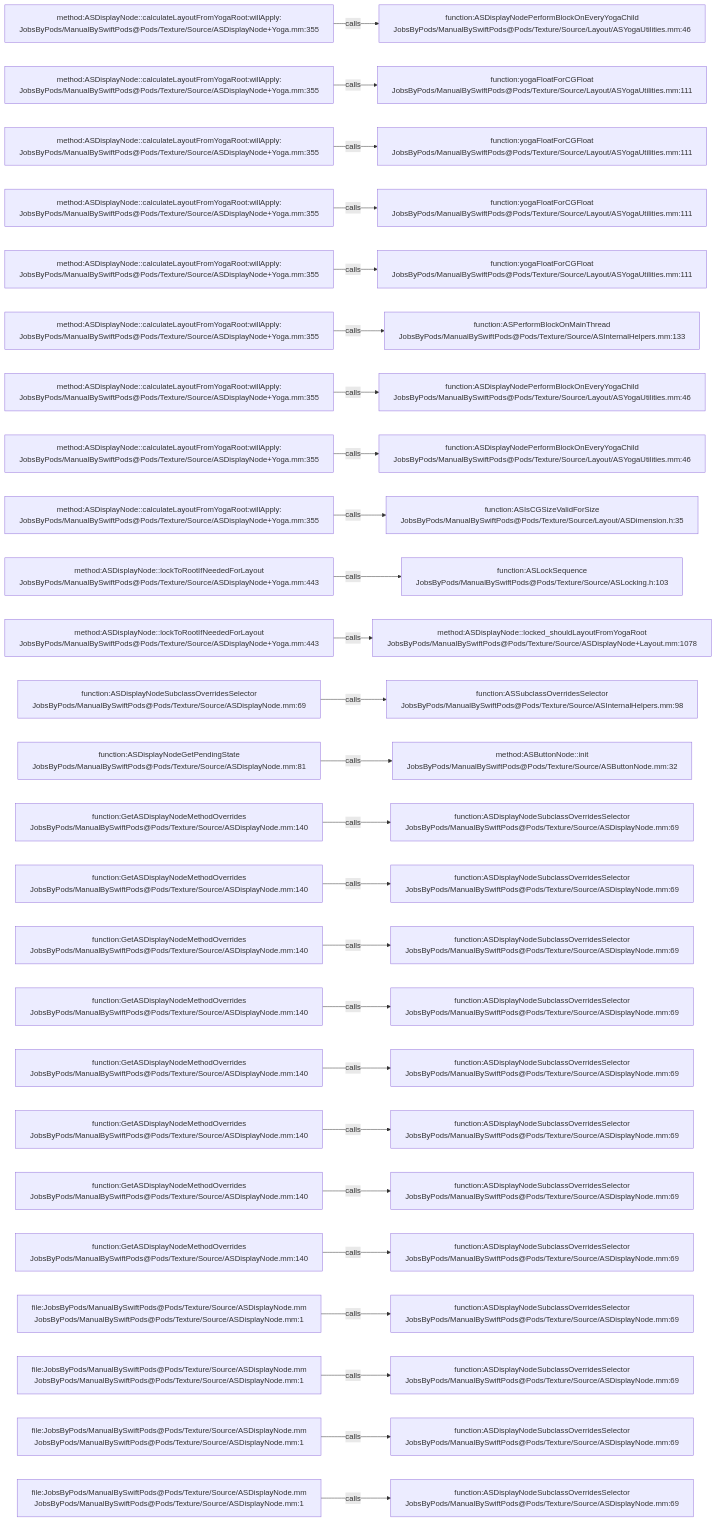
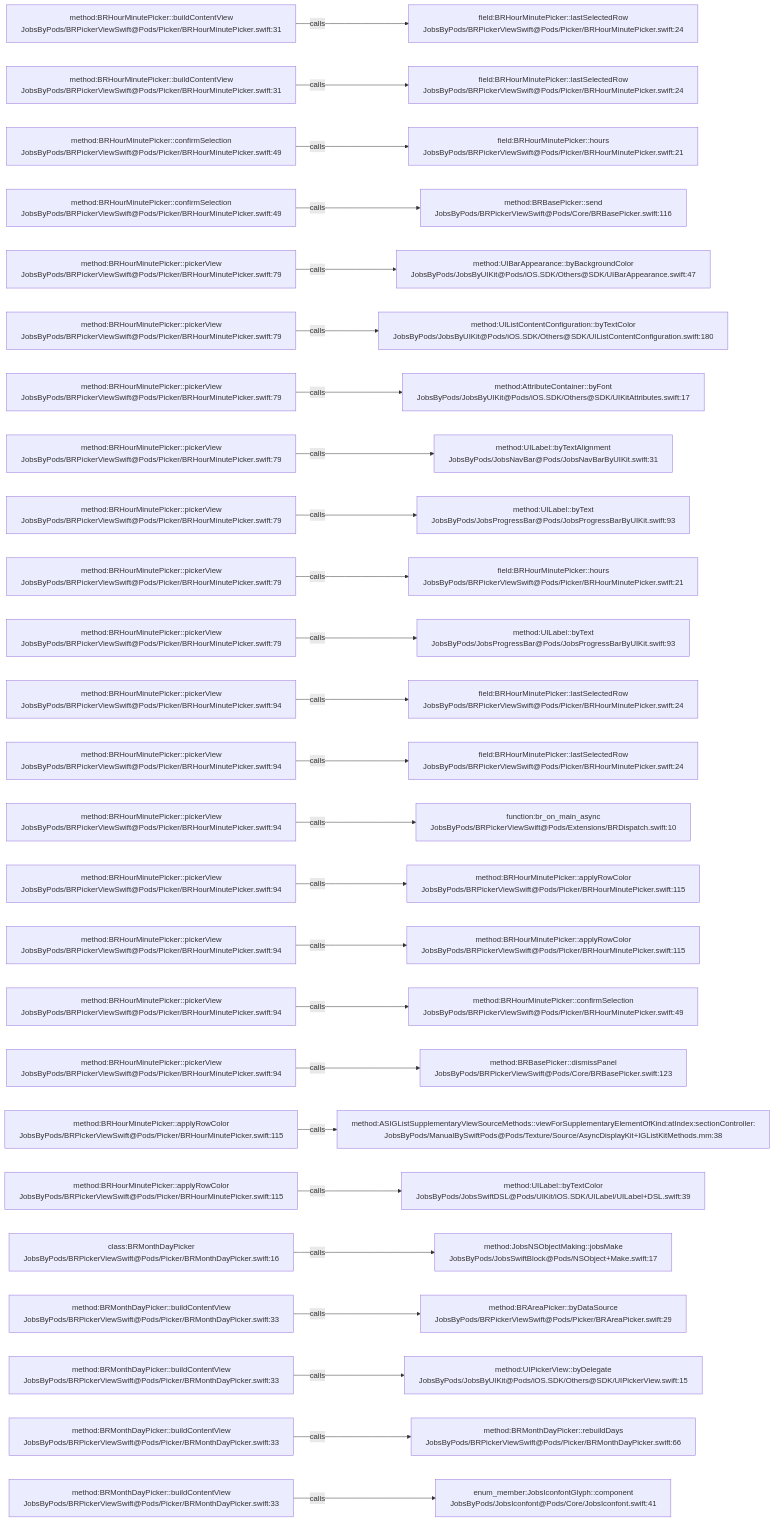
One commit to JobsKits/JobsSwiftBaseConfigDemo changed the diagram in .codegraph/codegraph.md/graphs/calls-026.md. Above: the diagram before and after it, drawn with Mermaid. The commit also changed 224 other files, not shown here.

````diff
--- a/.codegraph/codegraph.md/graphs/calls-026.md
+++ b/.codegraph/codegraph.md/graphs/calls-026.md
@@ -13,78 +13,78 @@
 ```mermaid
 flowchart LR
-  S1["method:ASDisplayNode::calculateLayoutFromYogaRoot:willApply:<br/>JobsByPods/ManualBySwiftPods@Pods/Texture/Source/ASDisplayNode+Yoga.mm:355"]
-  T1["function:ASDisplayNodePerformBlockOnEveryYogaChild<br/>JobsByPods/ManualBySwiftPods@Pods/Texture/Source/Layout/ASYogaUtilities.mm:46"]
+  S1["method:BRHourMinutePicker::buildContentView<br/>JobsByPods/BRPickerViewSwift@Pods/Picker/BRHourMinutePicker.swift:31"]
+  T1["field:BRHourMinutePicker::lastSelectedRow<br/>JobsByPods/BRPickerViewSwift@Pods/Picker/BRHourMinutePicker.swift:24"]
   S1 -->|calls| T1
-  S2["method:ASDisplayNode::calculateLayoutFromYogaRoot:willApply:<br/>JobsByPods/ManualBySwiftPods@Pods/Texture/Source/ASDisplayNode+Yoga.mm:355"]
-  T2["function:yogaFloatForCGFloat<br/>JobsByPods/ManualBySwiftPods@Pods/Texture/Source/Layout/ASYogaUtilities.mm:111"]
+  S2["method:BRHourMinutePicker::buildContentView<br/>JobsByPods/BRPickerViewSwift@Pods/Picker/BRHourMinutePicker.swift:31"]
+  T2["field:BRHourMinutePicker::lastSelectedRow<br/>JobsByPods/BRPickerViewSwift@Pods/Picker/BRHourMinutePicker.swift:24"]
   S2 -->|calls| T2
-  S3["method:ASDisplayNode::calculateLayoutFromYogaRoot:willApply:<br/>JobsByPods/ManualBySwiftPods@Pods/Texture/Source/ASDisplayNode+Yoga.mm:355"]
-  T3["function:yogaFloatForCGFloat<br/>JobsByPods/ManualBySwiftPods@Pods/Texture/Source/Layout/ASYogaUtilities.mm:111"]
+  S3["method:BRHourMinutePicker::confirmSelection<br/>JobsByPods/BRPickerViewSwift@Pods/Picker/BRHourMinutePicker.swift:49"]
+  T3["field:BRHourMinutePicker::hours<br/>JobsByPods/BRPickerViewSwift@Pods/Picker/BRHourMinutePicker.swift:21"]
   S3 -->|calls| T3
-  S4["method:ASDisplayNode::calculateLayoutFromYogaRoot:willApply:<br/>JobsByPods/ManualBySwiftPods@Pods/Texture/Source/ASDisplayNode+Yoga.mm:355"]
-  T4["function:yogaFloatForCGFloat<br/>JobsByPods/ManualBySwiftPods@Pods/Texture/Source/Layout/ASYogaUtilities.mm:111"]
+  S4["method:BRHourMinutePicker::confirmSelection<br/>JobsByPods/BRPickerViewSwift@Pods/Picker/BRHourMinutePicker.swift:49"]
+  T4["method:BRBasePicker::send<br/>JobsByPods/BRPickerViewSwift@Pods/Core/BRBasePicker.swift:116"]
   S4 -->|calls| T4
-  S5["method:ASDisplayNode::calculateLayoutFromYogaRoot:willApply:<br/>JobsByPods/ManualBySwiftPods@Pods/Texture/Source/ASDisplayNode+Yoga.mm:355"]
-  T5["function:yogaFloatForCGFloat<br/>JobsByPods/ManualBySwiftPods@Pods/Texture/Source/Layout/ASYogaUtilities.mm:111"]
+  S5["method:BRHourMinutePicker::pickerView<br/>JobsByPods/BRPickerViewSwift@Pods/Picker/BRHourMinutePicker.swift:79"]
+  T5["method:UIBarAppearance::byBackgroundColor<br/>JobsByPods/JobsByUIKit@Pods/iOS.SDK/Others@SDK/UIBarAppearance.swift:47"]
   S5 -->|calls| T5
-  S6["method:ASDisplayNode::calculateLayoutFromYogaRoot:willApply:<br/>JobsByPods/ManualBySwiftPods@Pods/Texture/Source/ASDisplayNode+Yoga.mm:355"]
-  T6["function:ASPerformBlockOnMainThread<br/>JobsByPods/ManualBySwiftPods@Pods/Texture/Source/ASInternalHelpers.mm:133"]
+  S6["method:BRHourMinutePicker::pickerView<br/>JobsByPods/BRPickerViewSwift@Pods/Picker/BRHourMinutePicker.swift:79"]
+  T6["method:UIListContentConfiguration::byTextColor<br/>JobsByPods/JobsByUIKit@Pods/iOS.SDK/Others@SDK/UIListContentConfiguration.swift:180"]
   S6 -->|calls| T6
-  S7["method:ASDisplayNode::calculateLayoutFromYogaRoot:willApply:<br/>JobsByPods/ManualBySwiftPods@Pods/Texture/Source/ASDisplayNode+Yoga.mm:355"]
-  T7["function:ASDisplayNodePerformBlockOnEveryYogaChild<br/>JobsByPods/ManualBySwiftPods@Pods/Texture/Source/Layout/ASYogaUtilities.mm:46"]
+  S7["method:BRHourMinutePicker::pickerView<br/>JobsByPods/BRPickerViewSwift@Pods/Picker/BRHourMinutePicker.swift:79"]
+  T7["method:AttributeContainer::byFont<br/>JobsByPods/JobsByUIKit@Pods/iOS.SDK/Others@SDK/UIKitAttributes.swift:17"]
   S7 -->|calls| T7
-  S8["method:ASDisplayNode::calculateLayoutFromYogaRoot:willApply:<br/>JobsByPods/ManualBySwiftPods@Pods/Texture/Source/ASDisplayNode+Yoga.mm:355"]
-  T8["function:ASDisplayNodePerformBlockOnEveryYogaChild<br/>JobsByPods/ManualBySwiftPods@Pods/Texture/Source/Layout/ASYogaUtilities.mm:46"]
+  S8["method:BRHourMinutePicker::pickerView<br/>JobsByPods/BRPickerViewSwift@Pods/Picker/BRHourMinutePicker.swift:79"]
+  T8["method:UILabel::byTextAlignment<br/>JobsByPods/JobsNavBar@Pods/JobsNavBarByUIKit.swift:31"]
   S8 -->|calls| T8
-  S9["method:ASDisplayNode::calculateLayoutFromYogaRoot:willApply:<br/>JobsByPods/ManualBySwiftPods@Pods/Texture/Source/ASDisplayNode+Yoga.mm:355"]
-  T9["function:ASIsCGSizeValidForSize<br/>JobsByPods/ManualBySwiftPods@Pods/Texture/Source/Layout/ASDimension.h:35"]
+  S9["method:BRHourMinutePicker::pickerView<br/>JobsByPods/BRPickerViewSwift@Pods/Picker/BRHourMinutePicker.swift:79"]
+  T9["method:UILabel::byText<br/>JobsByPods/JobsProgressBar@Pods/JobsProgressBarByUIKit.swift:93"]
   S9 -->|calls| T9
-  S10["method:ASDisplayNode::lockToRootIfNeededForLayout<br/>JobsByPods/ManualBySwiftPods@Pods/Texture/Source/ASDisplayNode+Yoga.mm:443"]
-  T10["function:ASLockSequence<br/>JobsByPods/ManualBySwiftPods@Pods/Texture/Source/ASLocking.h:103"]
+  S10["method:BRHourMinutePicker::pickerView<br/>JobsByPods/BRPickerViewSwift@Pods/Picker/BRHourMinutePicker.swift:79"]
+  T10["field:BRHourMinutePicker::hours<br/>JobsByPods/BRPickerViewSwift@Pods/Picker/BRHourMinutePicker.swift:21"]
   S10 -->|calls| T10
-  S11["method:ASDisplayNode::lockToRootIfNeededForLayout<br/>JobsByPods/ManualBySwiftPods@Pods/Texture/Source/ASDisplayNode+Yoga.mm:443"]
-  T11["method:ASDisplayNode::locked_shouldLayoutFromYogaRoot<br/>JobsByPods/ManualBySwiftPods@Pods/Texture/Source/ASDisplayNode+Layout.mm:1078"]
+  S11["method:BRHourMinutePicker::pickerView<br/>JobsByPods/BRPickerViewSwift@Pods/Picker/BRHourMinutePicker.swift:79"]
+  T11["method:UILabel::byText<br/>JobsByPods/JobsProgressBar@Pods/JobsProgressBarByUIKit.swift:93"]
   S11 -->|calls| T11
-  S12["function:ASDisplayNodeSubclassOverridesSelector<br/>JobsByPods/ManualBySwiftPods@Pods/Texture/Source/ASDisplayNode.mm:69"]
-  T12["function:ASSubclassOverridesSelector<br/>JobsByPods/ManualBySwiftPods@Pods/Texture/Source/ASInternalHelpers.mm:98"]
+  S12["method:BRHourMinutePicker::pickerView<br/>JobsByPods/BRPickerViewSwift@Pods/Picker/BRHourMinutePicker.swift:94"]
+  T12["field:BRHourMinutePicker::lastSelectedRow<br/>JobsByPods/BRPickerViewSwift@Pods/Picker/BRHourMinutePicker.swift:24"]
   S12 -->|calls| T12
-  S13["function:ASDisplayNodeGetPendingState<br/>JobsByPods/ManualBySwiftPods@Pods/Texture/Source/ASDisplayNode.mm:81"]
-  T13["method:ASButtonNode::init<br/>JobsByPods/ManualBySwiftPods@Pods/Texture/Source/ASButtonNode.mm:32"]
+  S13["method:BRHourMinutePicker::pickerView<br/>JobsByPods/BRPickerViewSwift@Pods/Picker/BRHourMinutePicker.swift:94"]
+  T13["field:BRHourMinutePicker::lastSelectedRow<br/>JobsByPods/BRPickerViewSwift@Pods/Picker/BRHourMinutePicker.swift:24"]
   S13 -->|calls| T13
-  S14["function:GetASDisplayNodeMethodOverrides<br/>JobsByPods/ManualBySwiftPods@Pods/Texture/Source/ASDisplayNode.mm:140"]
-  T14["function:ASDisplayNodeSubclassOverridesSelector<br/>JobsByPods/ManualBySwiftPods@Pods/Texture/Source/ASDisplayNode.mm:69"]
+  S14["method:BRHourMinutePicker::pickerView<br/>JobsByPods/BRPickerViewSwift@Pods/Picker/BRHourMinutePicker.swift:94"]
+  T14["function:br_on_main_async<br/>JobsByPods/BRPickerViewSwift@Pods/Extensions/BRDispatch.swift:10"]
   S14 -->|calls| T14
-  S15["function:GetASDisplayNodeMethodOverrides<br/>JobsByPods/ManualBySwiftPods@Pods/Texture/Source/ASDisplayNode.mm:140"]
-  T15["function:ASDisplayNodeSubclassOverridesSelector<br/>JobsByPods/ManualBySwiftPods@Pods/Texture/Source/ASDisplayNode.mm:69"]
+  S15["method:BRHourMinutePicker::pickerView<br/>JobsByPods/BRPickerViewSwift@Pods/Picker/BRHourMinutePicker.swift:94"]
+  T15["method:BRHourMinutePicker::applyRowColor<br/>JobsByPods/BRPickerViewSwift@Pods/Picker/BRHourMinutePicker.swift:115"]
   S15 -->|calls| T15
-  S16["function:GetASDisplayNodeMethodOverrides<br/>JobsByPods/ManualBySwiftPods@Pods/Texture/Source/ASDisplayNode.mm:140"]
-  T16["function:ASDisplayNodeSubclassOverridesSelector<br/>JobsByPods/ManualBySwiftPods@Pods/Texture/Source/ASDisplayNode.mm:69"]
+  S16["method:BRHourMinutePicker::pickerView<br/>JobsByPods/BRPickerViewSwift@Pods/Picker/BRHourMinutePicker.swift:94"]
+  T16["method:BRHourMinutePicker::applyRowColor<br/>JobsByPods/BRPickerViewSwift@Pods/Picker/BRHourMinutePicker.swift:115"]
   S16 -->|calls| T16
-  S17["function:GetASDisplayNodeMethodOverrides<br/>JobsByPods/ManualBySwiftPods@Pods/Texture/Source/ASDisplayNode.mm:140"]
-  T17["function:ASDisplayNodeSubclassOverridesSelector<br/>JobsByPods/ManualBySwiftPods@Pods/Texture/Source/ASDisplayNode.mm:69"]
+  S17["method:BRHourMinutePicker::pickerView<br/>JobsByPods/BRPickerViewSwift@Pods/Picker/BRHourMinutePicker.swift:94"]
+  T17["method:BRHourMinutePicker::confirmSelection<br/>JobsByPods/BRPickerViewSwift@Pods/Picker/BRHourMinutePicker.swift:49"]
   S17 -->|calls| T17
-  S18["function:GetASDisplayNodeMethodOverrides<br/>JobsByPods/ManualBySwiftPods@Pods/Texture/Source/ASDisplayNode.mm:140"]
-  T18["function:ASDisplayNodeSubclassOverridesSelector<br/>JobsByPods/ManualBySwiftPods@Pods/Texture/Source/ASDisplayNode.mm:69"]
+  S18["method:BRHourMinutePicker::pickerView<br/>JobsByPods/BRPickerViewSwift@Pods/Picker/BRHourMinutePicker.swift:94"]
+  T18["method:BRBasePicker::dismissPanel<br/>JobsByPods/BRPickerViewSwift@Pods/Core/BRBasePicker.swift:123"]
   S18 -->|calls| T18
-  S19["function:GetASDisplayNodeMethodOverrides<br/>JobsByPods/ManualBySwiftPods@Pods/Texture/Source/ASDisplayNode.mm:140"]
-  T19["function:ASDisplayNodeSubclassOverridesSelector<br/>JobsByPods/ManualBySwiftPods@Pods/Texture/Source/ASDisplayNode.mm:69"]
+  S19["method:BRHourMinutePicker::applyRowColor<br/>JobsByPods/BRPickerViewSwift@Pods/Picker/BRHourMinutePicker.swift:115"]
+  T19["method:ASIGListSupplementaryViewSourceMethods::viewForSupplementaryElementOfKind:atIndex:sectionController:<br/>JobsByPods/ManualBySwiftPods@Pods/Texture/Source/AsyncDisplayKit+IGListKitMethods.mm:38"]
   S19 -->|calls| T19
-  S20["function:GetASDisplayNodeMethodOverrides<br/>JobsByPods/ManualBySwiftPods@Pods/Texture/Source/ASDisplayNode.mm:140"]
-  T20["function:ASDisplayNodeSubclassOverridesSelector<br/>JobsByPods/ManualBySwiftPods@Pods/Texture/Source/ASDisplayNode.mm:69"]
+  S20["method:BRHourMinutePicker::applyRowColor<br/>JobsByPods/BRPickerViewSwift@Pods/Picker/BRHourMinutePicker.swift:115"]
+  T20["method:UILabel::byTextColor<br/>JobsByPods/JobsSwiftDSL@Pods/UIKit/iOS.SDK/UILabel/UILabel+DSL.swift:39"]
   S20 -->|calls| T20
-  S21["function:GetASDisplayNodeMethodOverrides<br/>JobsByPods/ManualBySwiftPods@Pods/Texture/Source/ASDisplayNode.mm:140"]
-  T21["function:ASDisplayNodeSubclassOverridesSelector<br/>JobsByPods/ManualBySwiftPods@Pods/Texture/Source/ASDisplayNode.mm:69"]
+  S21["class:BRMonthDayPicker<br/>JobsByPods/BRPickerViewSwift@Pods/Picker/BRMonthDayPicker.swift:16"]
+  T21["method:JobsNSObjectMaking::jobsMake<br/>JobsByPods/JobsSwiftBlock@Pods/NSObject+Make.swift:17"]
   S21 -->|calls| T21
-  S22["file:JobsByPods/ManualBySwiftPods@Pods/Texture/Source/ASDisplayNode.mm<br/>JobsByPods/ManualBySwiftPods@Pods/Texture/Source/ASDisplayNode.mm:1"]
-  T22["function:ASDisplayNodeSubclassOverridesSelector<br/>JobsByPods/ManualBySwiftPods@Pods/Texture/Source/ASDisplayNode.mm:69"]
+  S22["method:BRMonthDayPicker::buildContentView<br/>JobsByPods/BRPickerViewSwift@Pods/Picker/BRMonthDayPicker.swift:33"]
+  T22["method:BRAreaPicker::byDataSource<br/>JobsByPods/BRPickerViewSwift@Pods/Picker/BRAreaPicker.swift:29"]
   S22 -->|calls| T22
-  S23["file:JobsByPods/ManualBySwiftPods@Pods/Texture/Source/ASDisplayNode.mm<br/>JobsByPods/ManualBySwiftPods@Pods/Texture/Source/ASDisplayNode.mm:1"]
-  T23["function:ASDisplayNodeSubclassOverridesSelector<br/>JobsByPods/ManualBySwiftPods@Pods/Texture/Source/ASDisplayNode.mm:69"]
+  S23["method:BRMonthDayPicker::buildContentView<br/>JobsByPods/BRPickerViewSwift@Pods/Picker/BRMonthDayPicker.swift:33"]
+  T23["method:UIPickerView::byDelegate<br/>JobsByPods/JobsByUIKit@Pods/iOS.SDK/Others@SDK/UIPickerView.swift:15"]
   S23 -->|calls| T23
-  S24["file:JobsByPods/ManualBySwiftPods@Pods/Texture/Source/ASDisplayNode.mm<br/>JobsByPods/ManualBySwiftPods@Pods/Texture/Source/ASDisplayNode.mm:1"]
-  T24["function:ASDisplayNodeSubclassOverridesSelector<br/>JobsByPods/ManualBySwiftPods@Pods/Texture/Source/ASDisplayNode.mm:69"]
+  S24["method:BRMonthDayPicker::buildContentView<br/>JobsByPods/BRPickerViewSwift@Pods/Picker/BRMonthDayPicker.swift:33"]
+  T24["method:BRMonthDayPicker::rebuildDays<br/>JobsByPods/BRPickerViewSwift@Pods/Picker/BRMonthDayPicker.swift:66"]
   S24 -->|calls| T24
-  S25["file:JobsByPods/ManualBySwiftPods@Pods/Texture/Source/ASDisplayNode.mm<br/>JobsByPods/ManualBySwiftPods@Pods/Texture/Source/ASDisplayNode.mm:1"]
-  T25["function:ASDisplayNodeSubclassOverridesSelector<br/>JobsByPods/ManualBySwiftPods@Pods/Texture/Source/ASDisplayNode.mm:69"]
+  S25["method:BRMonthDayPicker::buildContentView<br/>JobsByPods/BRPickerViewSwift@Pods/Picker/BRMonthDayPicker.swift:33"]
+  T25["enum_member:JobsIconfontGlyph::component<br/>JobsByPods/JobsIconfont@Pods/Core/JobsIconfont.swift:41"]
   S25 -->|calls| T25
 ```
````
